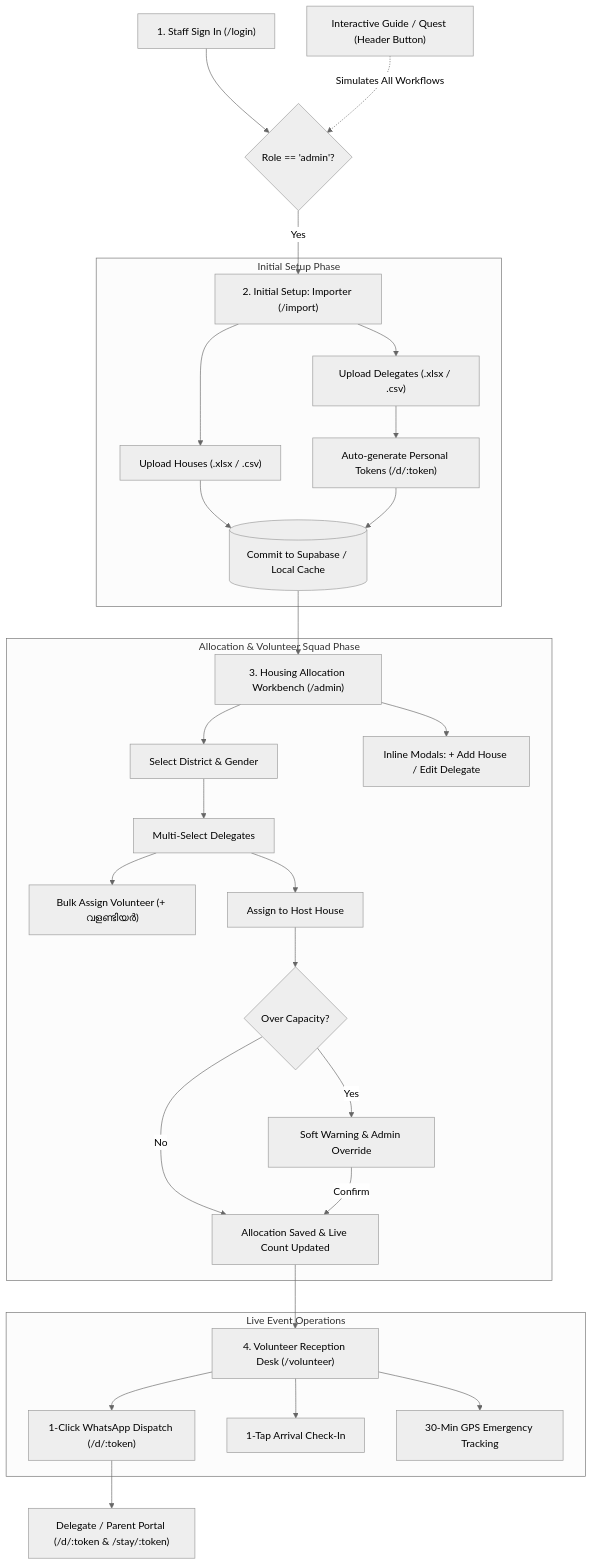
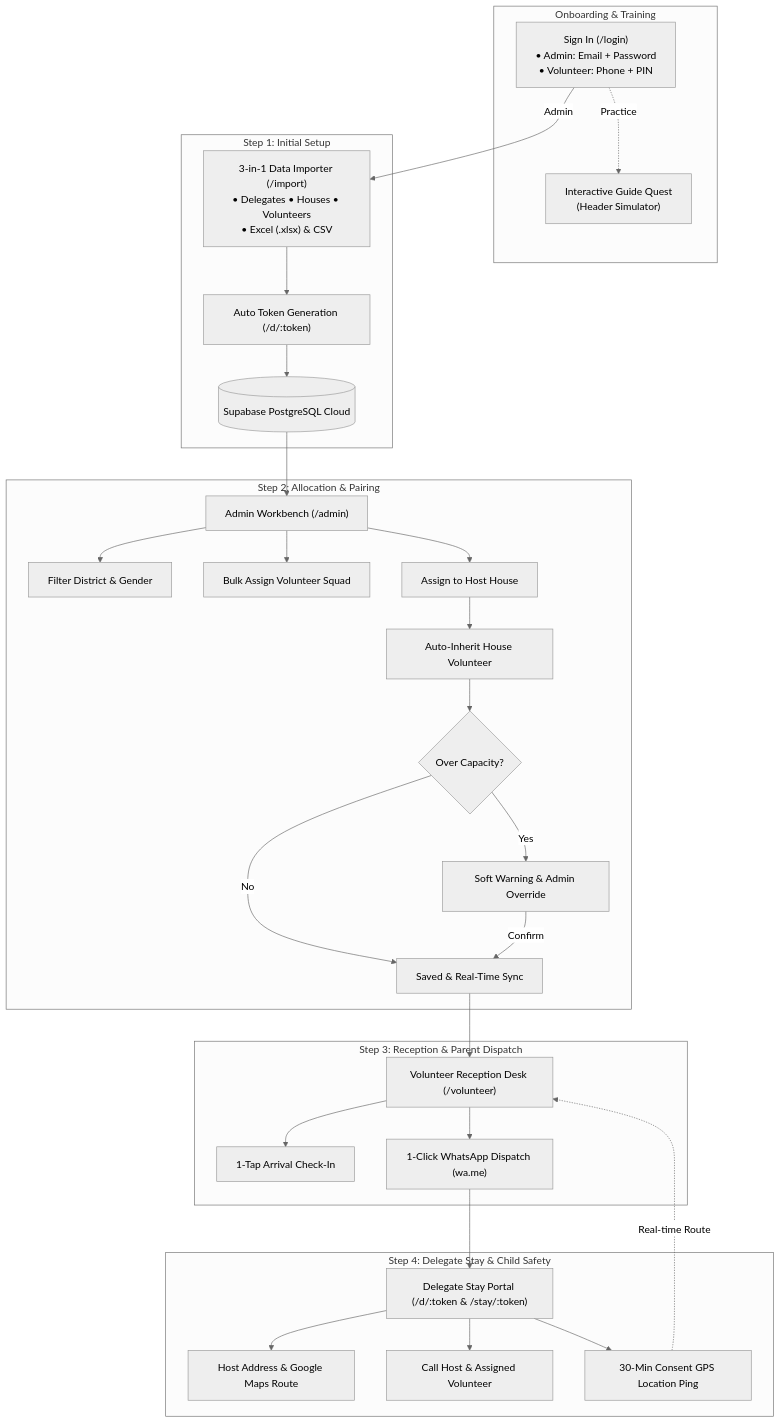
Before and after one commit to rohithvijayan/BalasanghamSammelanam: the first of 2 diagrams in ADMIN_FEATURES_AND_USERFLOW.md, drawn with Mermaid (neutral theme). The commit also changed other lines of this file and 9 other files, not shown here.

Commit message:
fix(allocation): add network retry and offline resilience for house allotment

````diff
--- a/ADMIN_FEATURES_AND_USERFLOW.md
+++ b/ADMIN_FEATURES_AND_USERFLOW.md
@@ -196,38 +188,40 @@
 ```mermaid
 flowchart TD
-    Login["1. Staff Sign In (/login)"] --> AdminAuth{"Role == 'admin'?"}
-    AdminAuth -->|Yes| SetupNav["2. Initial Setup: Importer (/import)"]
-
-    HeaderGuide["Interactive Guide / Quest (Header Button)"] -.->|Simulates All Workflows| AdminAuth
-
-    subgraph Initial Setup Phase
-        SetupNav --> ImportHouses["Upload Houses (.xlsx / .csv)"]
-        SetupNav --> ImportDelegates["Upload Delegates (.xlsx / .csv)"]
-        ImportDelegates --> TokenGen["Auto-generate Personal Tokens (/d/:token)"]
-        ImportHouses & TokenGen --> CommitDB[("Commit to Supabase / Local Cache")]
+    subgraph Onboarding & Training
+        Login["Sign In (/login)<br>• Admin: Email + Password<br>• Volunteer: Phone + PIN"]
+        GuideQuest["Interactive Guide Quest<br>(Header Simulator)"]
+        Login -.->|Practice| GuideQuest
     end
 
-    CommitDB --> WorkbenchNav["3. Housing Allocation Workbench (/admin)"]
-
-    subgraph Allocation & Volunteer Squad Phase
-        WorkbenchNav --> FilterDist["Select District & Gender"]
-        WorkbenchNav --> InlineEdit["Inline Modals: + Add House / Edit Delegate"]
-        FilterDist --> MultiSelect["Multi-Select Delegates"]
-        MultiSelect --> AssignVolunteer["Bulk Assign Volunteer (+ വളണ്ടിയർ)"]
-        MultiSelect --> AssignHouse["Assign to Host House"]
-        AssignHouse --> CapacityCheck{"Over Capacity?"}
-        CapacityCheck -->|Yes| SoftWarn["Soft Warning & Admin Override"]
-        CapacityCheck -->|No| SavedAlloc["Allocation Saved & Live Count Updated"]
-        SoftWarn -->|Confirm| SavedAlloc
+    subgraph Step 1: Initial Setup
+        Login -->|Admin| Importer["3-in-1 Data Importer (/import)<br>• Delegates • Houses • Volunteers<br>• Excel (.xlsx) & CSV"]
+        Importer --> TokenGen["Auto Token Generation (/d/:token)"]
+        TokenGen --> CloudCommit[("Supabase PostgreSQL Cloud")]
     end
 
-    SavedAlloc --> VolDeskNav["4. Volunteer Reception Desk (/volunteer)"]
-
-    subgraph Live Event Operations
-        VolDeskNav --> WhatsAppSend["1-Click WhatsApp Dispatch (/d/:token)"]
-        VolDeskNav --> CheckinToggle["1-Tap Arrival Check-In"]
-        VolDeskNav --> LiveGPS["30-Min GPS Emergency Tracking"]
+    subgraph Step 2: Allocation & Pairing
+        CloudCommit --> Workbench["Admin Workbench (/admin)"]
+        Workbench --> FilterCohorts["Filter District & Gender"]
+        Workbench --> BulkVolunteer["Bulk Assign Volunteer Squad"]
+        Workbench --> HouseAllot["Assign to Host House"]
+        HouseAllot --> AutoInherit["Auto-Inherit House Volunteer"]
+        AutoInherit --> CapacityCheck{"Over Capacity?"}
+        CapacityCheck -->|Yes| OverrideWarn["Soft Warning & Admin Override"]
+        CapacityCheck -->|No| CommitAlloc["Saved & Real-Time Sync"]
+        OverrideWarn -->|Confirm| CommitAlloc
     end
 
-    WhatsAppSend --> DelegateView["Delegate / Parent Portal (/d/:token & /stay/:token)"]
+    subgraph Step 3: Reception & Parent Dispatch
+        CommitAlloc --> VolDesk["Volunteer Reception Desk (/volunteer)"]
+        VolDesk --> GateCheckin["1-Tap Arrival Check-In"]
+        VolDesk --> WhatsAppShare["1-Click WhatsApp Dispatch (wa.me)"]
+    end
+
+    subgraph Step 4: Delegate Stay & Child Safety
+        WhatsAppShare --> DelegatePortal["Delegate Stay Portal (/d/:token & /stay/:token)"]
+        DelegatePortal --> VerifiedStay["Host Address & Google Maps Route"]
+        DelegatePortal --> ContactCards["Call Host & Assigned Volunteer"]
+        DelegatePortal --> SafeGPS["30-Min Consent GPS Location Ping"]
+        SafeGPS -.->|Real-time Route| VolDesk
+    end
 ```
````
